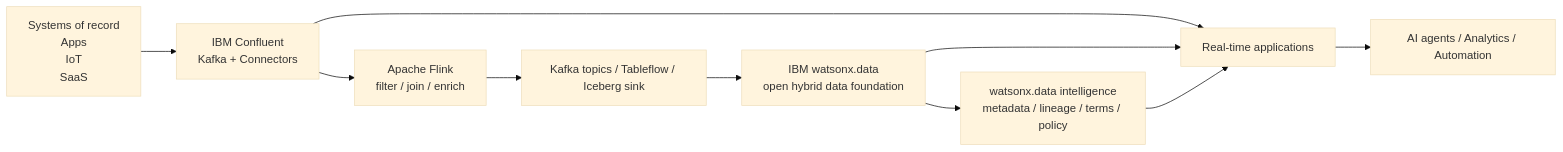
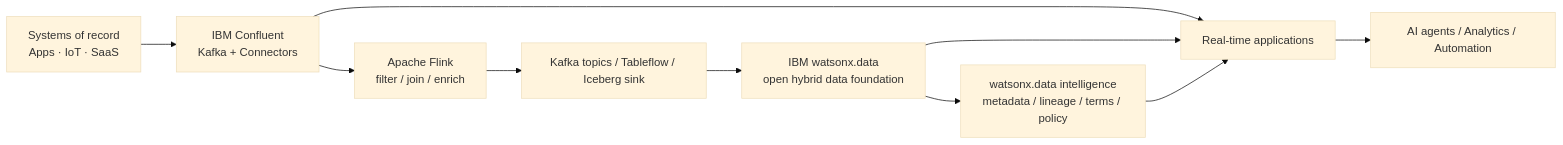
The diagram in docs-src/data-core/context/context-hub/index.md (ibm-self-serve-assets/building-blocks2.0), drawn with Mermaid (base theme) before and after one commit. The commit also changed other lines of this file and 14 other files, not shown here.

````diff
--- a/docs-src/data-core/context/context-hub/index.md
+++ b/docs-src/data-core/context/context-hub/index.md
@@ -36,12 +51,12 @@
 ```mermaid
 flowchart LR
-    S["Systems of record<br/>Apps<br/>IoT<br/>SaaS"] --> K["IBM Confluent<br/>Kafka + Connectors"]
+    S["Systems of record<br/>Apps · IoT · SaaS"] --> K["IBM Confluent<br/>Kafka + Connectors"]
     K --> F["Apache Flink<br/>filter / join / enrich"]
     F --> T["Kafka topics / Tableflow / Iceberg sink"]
     T --> W["IBM watsonx.data<br/>open hybrid data foundation"]
     W --> D["watsonx.data intelligence<br/>metadata / lineage / terms / policy"]
     K --> A["Real-time applications"]
     W --> A
     D --> A
     A --> X["AI agents / Analytics / Automation"]
 ```
````
